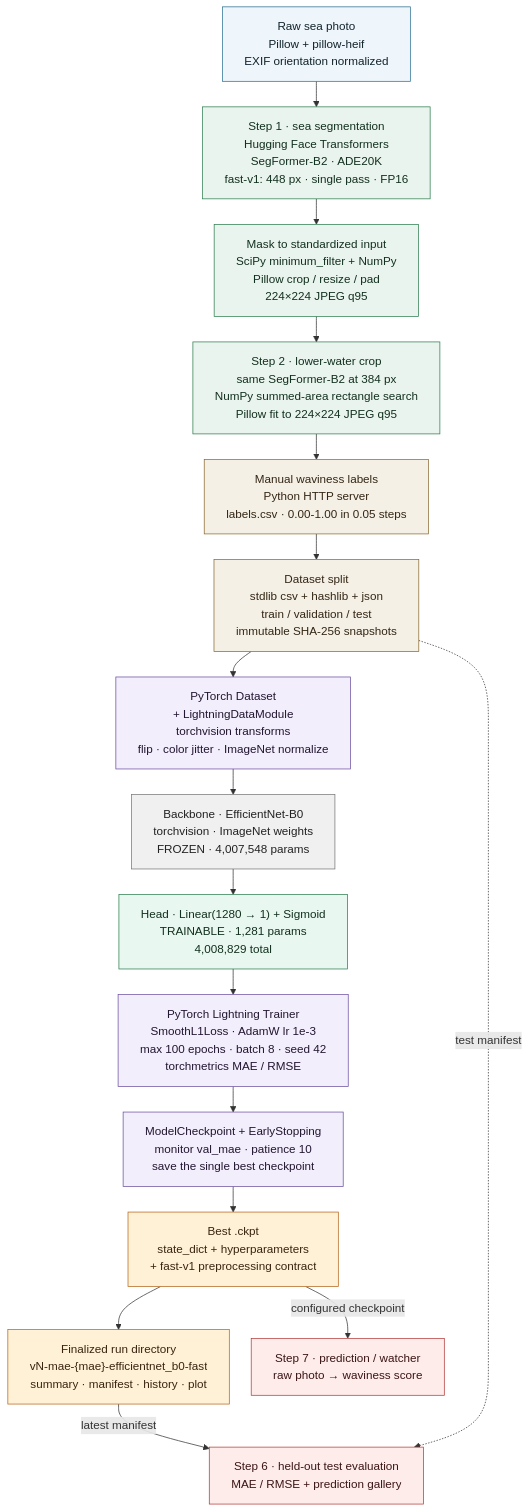
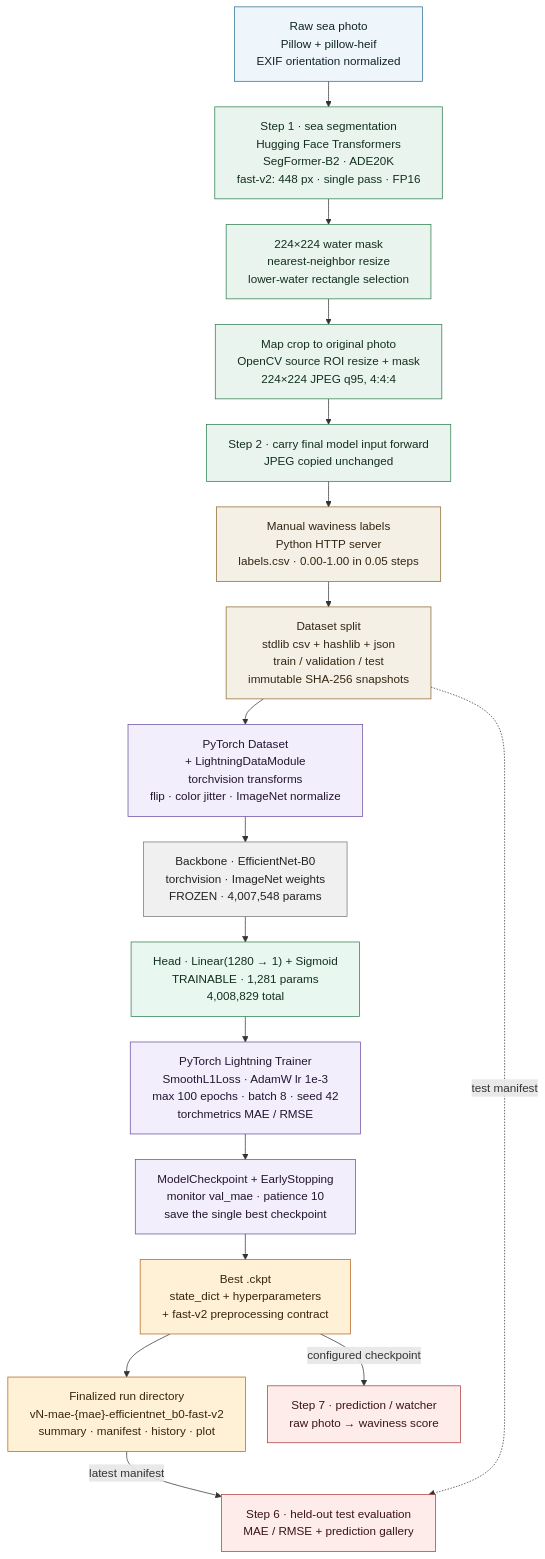
The diagram in documents/training-stack.md (kubilaycaglayan/wave-regression-model), drawn with Mermaid before and after one commit. The commit also changed other lines of this file and 18 other files, not shown here.

Commit message:
feat(fast-v2): adopt coordinate-crop pipeline

````diff
--- a/documents/training-stack.md
+++ b/documents/training-stack.md
@@ -7,37 +7,38 @@
 ```mermaid
 %%{init: {"flowchart": {"nodeSpacing": 30, "rankSpacing": 35, "wrappingWidth": 460}}}%%
 flowchart TD
-    RAW["Raw sea photo<br/>Pillow + pillow-heif<br/>EXIF orientation normalized"] --> SEG1["Step 1 · sea segmentation<br/>Hugging Face Transformers<br/>SegFormer-B2 · ADE20K<br/>fast-v1: 448 px · single pass · FP16"]
-    SEG1 --> MASK["Mask to standardized input<br/>SciPy minimum_filter + NumPy<br/>Pillow crop / resize / pad<br/>224×224 JPEG q95"]
-    MASK --> SEG2["Step 2 · lower-water crop<br/>same SegFormer-B2 at 384 px<br/>NumPy summed-area rectangle search<br/>Pillow fit to 224×224 JPEG q95"]
-    SEG2 --> LABEL["Manual waviness labels<br/>Python HTTP server<br/>labels.csv · 0.00-1.00 in 0.05 steps"]
+    RAW["Raw sea photo<br/>Pillow + pillow-heif<br/>EXIF orientation normalized"] --> SEG1["Step 1 · sea segmentation<br/>Hugging Face Transformers<br/>SegFormer-B2 · ADE20K<br/>fast-v2: 448 px · single pass · FP16"]
+    SEG1 --> MASK["224×224 water mask<br/>nearest-neighbor resize<br/>lower-water rectangle selection"]
+    MASK --> SEG2["Map crop to original photo<br/>OpenCV source ROI resize + mask<br/>224×224 JPEG q95, 4:4:4"]
+    SEG2 --> PASS["Step 2 · carry final model input forward<br/>JPEG copied unchanged"]
+    PASS --> LABEL["Manual waviness labels<br/>Python HTTP server<br/>labels.csv · 0.00-1.00 in 0.05 steps"]
     LABEL --> SPLIT["Dataset split<br/>stdlib csv + hashlib + json<br/>train / validation / test<br/>immutable SHA-256 snapshots"]
     SPLIT --> DATASET["PyTorch Dataset<br/>+ LightningDataModule<br/>torchvision transforms<br/>flip · color jitter · ImageNet normalize"]
     DATASET --> BACKBONE["Backbone · EfficientNet-B0<br/>torchvision · ImageNet weights<br/>FROZEN · 4,007,548 params"]
     BACKBONE --> HEAD["Head · Linear(1280 → 1) + Sigmoid<br/>TRAINABLE · 1,281 params<br/>4,008,829 total"]
     HEAD --> TRAIN["PyTorch Lightning Trainer<br/>SmoothL1Loss · AdamW lr 1e-3<br/>max 100 epochs · batch 8 · seed 42<br/>torchmetrics MAE / RMSE"]
     TRAIN --> SELECT["ModelCheckpoint + EarlyStopping<br/>monitor val_mae · patience 10<br/>save the single best checkpoint"]
-    SELECT --> CKPT["Best .ckpt<br/>state_dict + hyperparameters<br/>+ fast-v1 preprocessing contract"]
-    CKPT --> RUN["Finalized run directory<br/>vN-mae-{mae}-efficientnet_b0-fast<br/>summary · manifest · history · plot"]
+    SELECT --> CKPT["Best .ckpt<br/>state_dict + hyperparameters<br/>+ fast-v2 preprocessing contract"]
+    CKPT --> RUN["Finalized run directory<br/>vN-mae-{mae}-efficientnet_b0-fast-v2<br/>summary · manifest · history · plot"]
     RUN -- latest manifest --> EVALC["Step 6 · held-out test evaluation<br/>MAE / RMSE + prediction gallery"]
     CKPT -- configured checkpoint --> PREDC["Step 7 · prediction / watcher<br/>raw photo → waviness score"]
     SPLIT -. test manifest .-> EVALC
 
     classDef io fill:#eef6fb,stroke:#2b6f91,color:#12232b;
     classDef prep fill:#eaf4ee,stroke:#2e7d4f,color:#12301f;
     classDef data fill:#f5f0e6,stroke:#8a6a2f,color:#332614;
     classDef frozen fill:#f0f0f0,stroke:#777777,color:#222222;
     classDef trainable fill:#e8f7ef,stroke:#2e7d4f,color:#12301f;
     classDef framework fill:#f3eefb,stroke:#6b4fa1,color:#221631;
     classDef artifact fill:#fff1d6,stroke:#b5651d,color:#3a2410;
     classDef consumer fill:#fdecea,stroke:#b33a3a,color:#3b1515;
 
     class RAW io;
-    class SEG1,MASK,SEG2 prep;
+    class SEG1,MASK,SEG2,PASS prep;
     class LABEL,SPLIT data;
     class DATASET,TRAIN,SELECT framework;
     class BACKBONE frozen;
     class HEAD trainable;
     class CKPT,RUN artifact;
     class EVALC,PREDC consumer;
 ```
````
